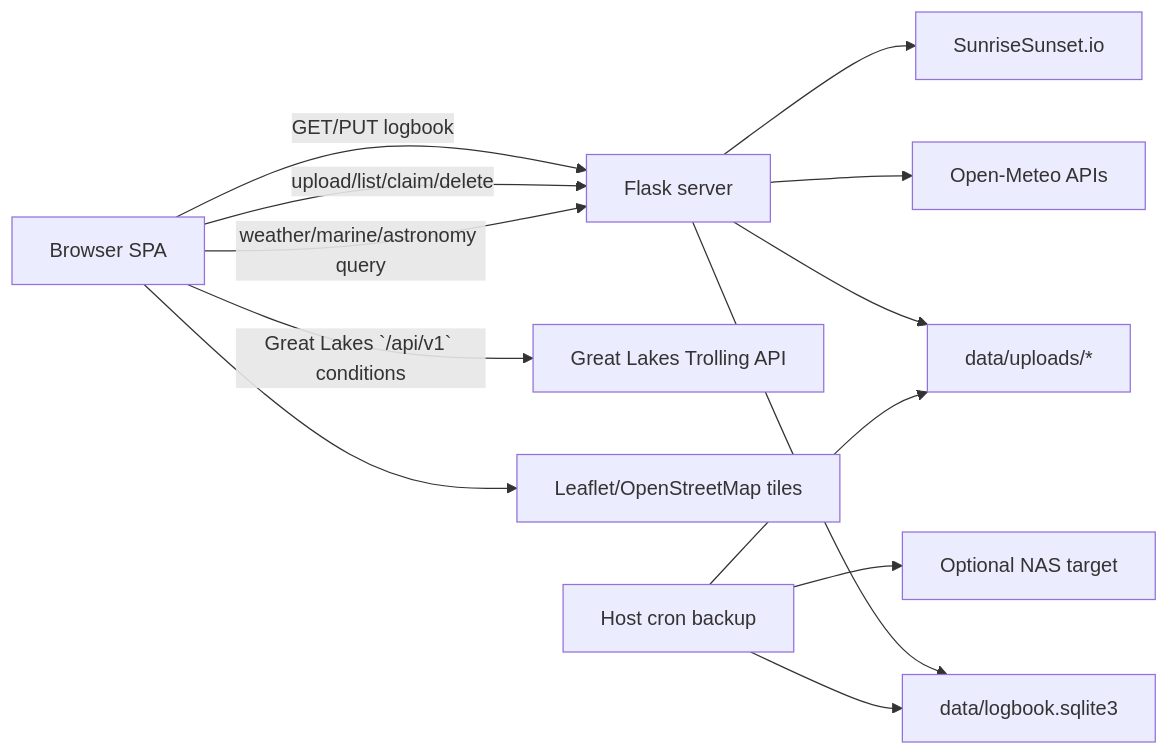
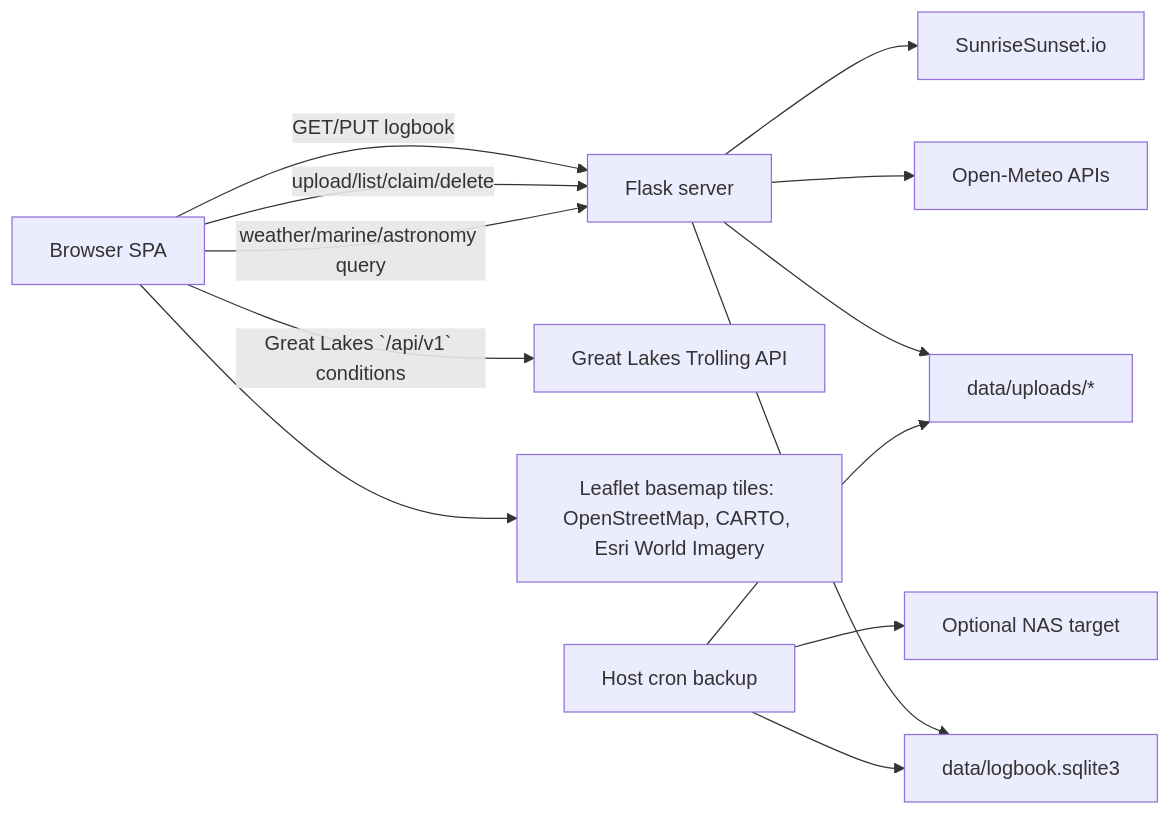
Before and after one commit to cacher300/Selfhostable-Fishing-Logbook: the diagram in docs/ARCHITECTURE.md, drawn with Mermaid. The commit also changed other lines of this file and 41 other files, not shown here.

````diff
--- a/docs/ARCHITECTURE.md
+++ b/docs/ARCHITECTURE.md
@@ -7,15 +7,15 @@
 ```mermaid
 flowchart LR
   Browser["Browser SPA"] -->|"GET/PUT logbook"| Flask["Flask server"]
   Browser -->|"upload/list/claim/delete"| Flask
   Browser -->|"weather/marine/astronomy query"| Flask
   Browser -->|"Great Lakes `/api/v1` conditions"| SiteAPI["Great Lakes Trolling API"]
   Flask --> SQLite["data/logbook.sqlite3"]
   Flask --> Media["data/uploads/*"]
   Flask --> OM["Open-Meteo APIs"]
   Flask --> SS["SunriseSunset.io"]
-  Browser --> Tiles["Leaflet/OpenStreetMap tiles"]
+  Browser --> Tiles["Leaflet basemap tiles: OpenStreetMap, CARTO, Esri World Imagery"]
   Backup["Host cron backup"] --> SQLite
   Backup --> Media
   Backup --> NAS["Optional NAS target"]
 ```
````
